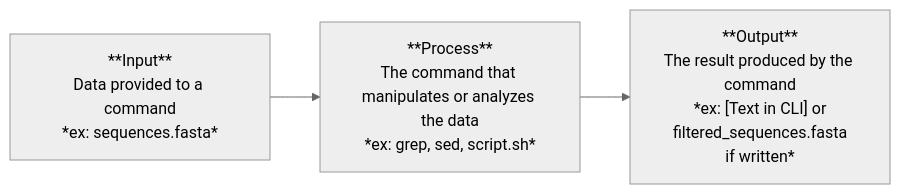
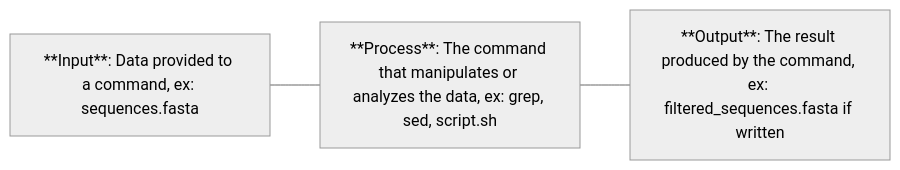
One commit to n2bin-GU/BIO511-2026 changed the diagram in practicals/Practicals - CLI/PRACTICAL_INTRO_TO_COMMAND_LINE.qmd. Above: the diagram before and after it, drawn with Mermaid (neutral theme). The commit also changed 6 other files, not shown here.

````diff
--- a/practicals/Practicals - CLI/PRACTICAL_INTRO_TO_COMMAND_LINE.qmd
+++ b/practicals/Practicals - CLI/PRACTICAL_INTRO_TO_COMMAND_LINE.qmd
@@ -378,9 +378,9 @@
 ```{mermaid}
 flowchart LR
-    A["**Input**<br />Data provided to a command<br />*ex: sequences.fasta*"]
-    B["**Process**<br />The command that manipulates or analyzes the data<br />*ex: grep, sed, script.sh*"]
-    C["**Output**<br />The result produced by the command<br />*ex: [Text in CLI] or<br />filtered_sequences.fasta<br />if written*"]
+    A["**Input**: Data provided to a command, ex: sequences.fasta"]
+    B["**Process**: The command that manipulates or analyzes the data, ex: grep, sed, script.sh"]
+    C["**Output**: The result produced by the command, ex: filtered_sequences.fasta if written"]
 
-    A --> B
-    B --> C
+    A --- B 
+    B --- C
 ```
````
